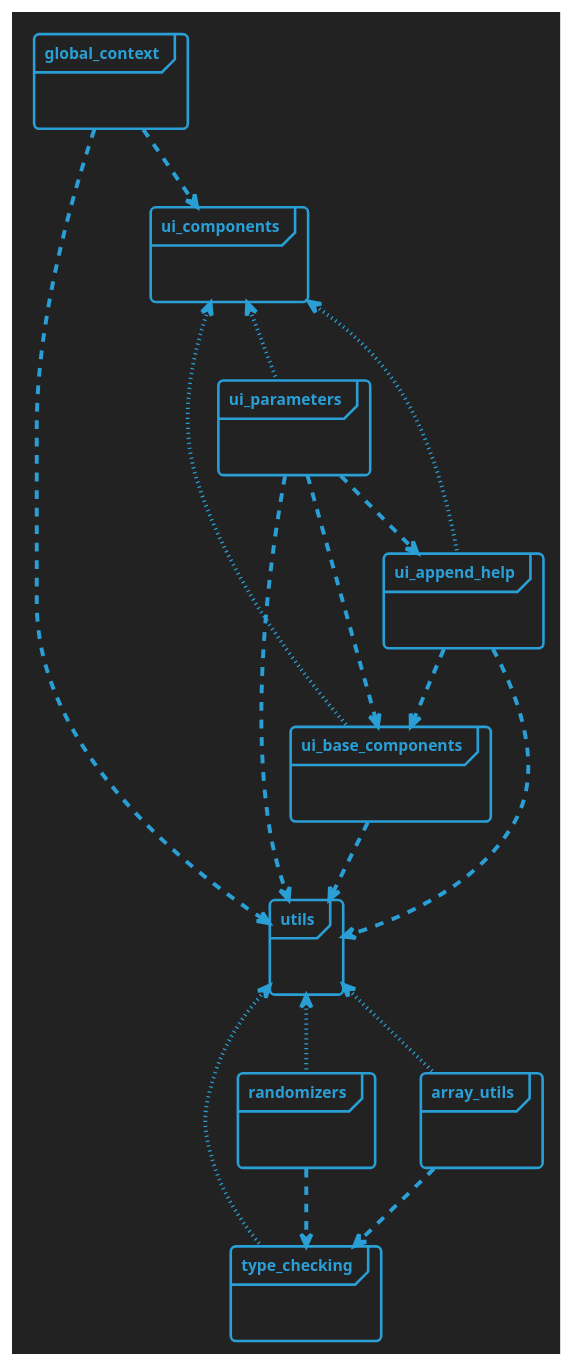
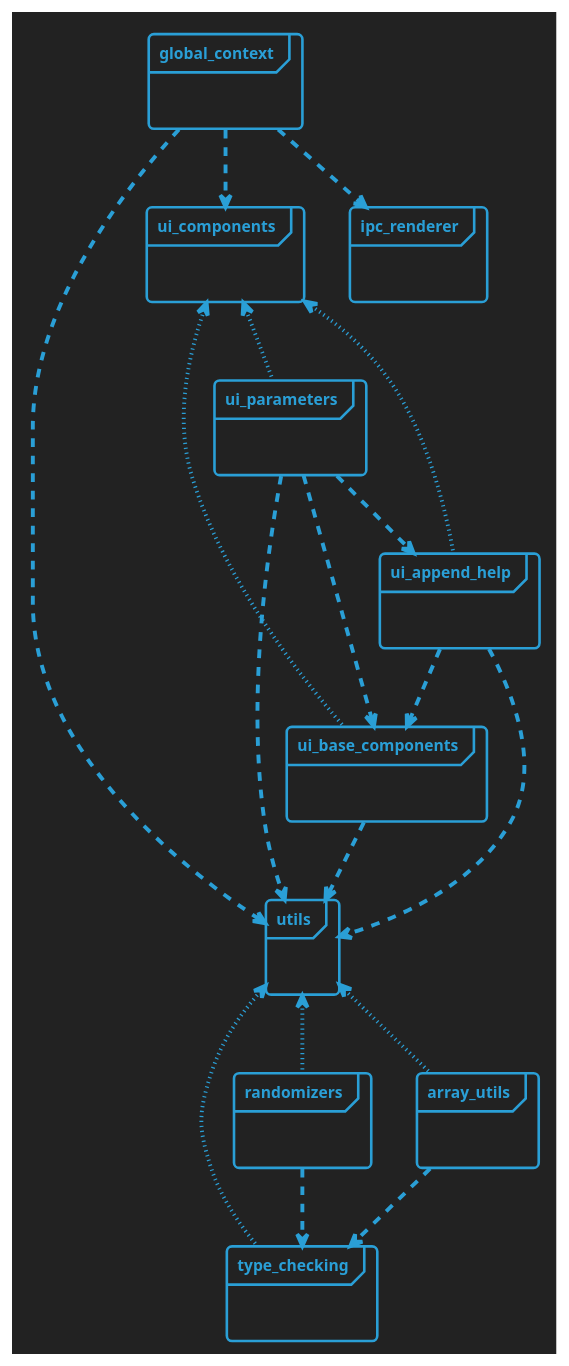
The diagram in docs/modules.plantuml (Picorims/wav2bar), drawn with PlantUML before and after one commit. The commit also changed 5 other files, not shown here.

Commit message:
import ipcRenderer from module

```diff
--- a/docs/modules.plantuml
+++ b/docs/modules.plantuml
@@ -3,42 +3,45 @@
 @startuml "modules
 !theme cyborg-outline
 skinparam BackgroundColor #222222
 skinparam PackageStyle frame
 
 'package: dotted = export, otherwise = import
 
 package "global_context" {}
 global_context ..> utils
 global_context ..> ui_components
+global_context ..> ipc_renderer
+
+package "ipc_renderer" {}
 
 package "ui_components" {}
 ui_components <.[dotted]. ui_base_components
 ui_components <.[dotted]. ui_parameters
 ui_components <.[dotted]. ui_append_help
 
 package "ui_base_components" {}
 ui_base_components ..> utils
 
 package "ui_parameters" {}
 ui_parameters ..> utils
 ui_parameters ..> ui_base_components
 ui_parameters ..> ui_append_help
 
 package "ui_append_help" {}
 ui_append_help ..> utils
 ui_append_help ..> ui_base_components
 
 package "utils" {}
 utils <.[dotted]. type_checking
 utils <.[dotted]. randomizers
 utils <.[dotted]. array_utils
 
 package "array_utils" {}
 array_utils ..> type_checking
 
 package "randomizers" {}
 randomizers ..> type_checking
 
 package "type_checking" {}
 
 @enduml
```
